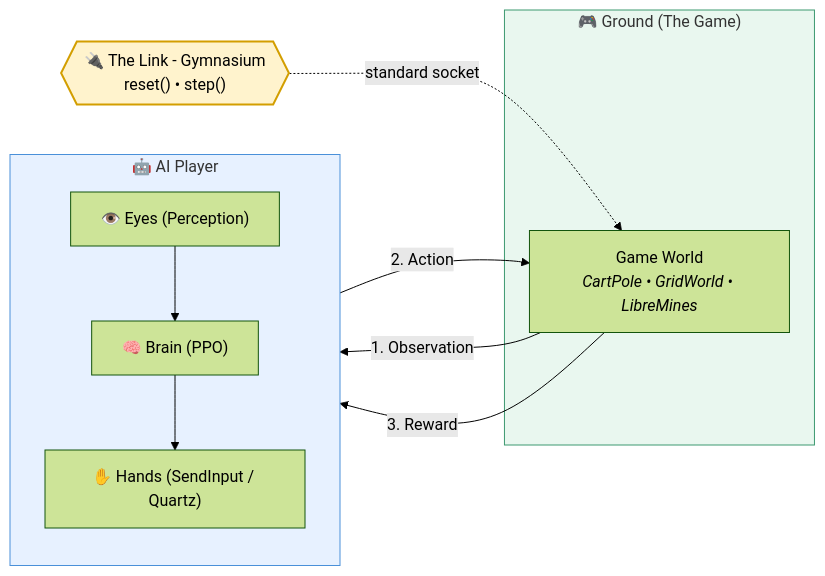
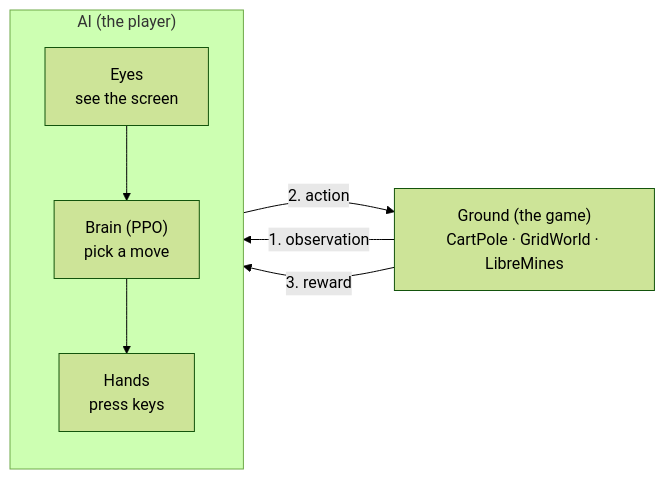
Before and after one commit to Showerss/GameTrainer: the diagram in README.md, drawn with Mermaid (forest theme). The commit also changed other lines of this file and 36 other files, not shown here.

First line of the commit message:
R1 docs rewrite, UML truth pass, MIT license

````diff
--- a/README.md
+++ b/README.md
@@ -19,25 +12,11 @@
 ```mermaid
 flowchart LR
-    subgraph AI["🤖 AI Player"]
+    subgraph AI["AI (the player)"]
         direction TB
-        EYES["👁️ Eyes (Perception)"]
-        BRAIN["🧠 Brain (PPO)"]
-        HANDS["✋ Hands (SendInput / Quartz)"]
-        EYES --> BRAIN --> HANDS
+        EYES["Eyes<br/>see the screen"] --> BRAIN["Brain (PPO)<br/>pick a move"] --> HANDS["Hands<br/>press keys"]
     end
-
-    subgraph GROUND["🎮 Ground (The Game)"]
-        GAME["Game World<br/><i>CartPole • GridWorld • LibreMines</i>"]
-    end
-
-    GAME -- "1. Observation" --> EYES
-    HANDS -- "2. Action" --> GAME
-    GAME -- "3. Reward" --> BRAIN
-
-    LINK{{"🔌 The Link - Gymnasium<br/>reset() • step()"}}
-    LINK -.->|"standard socket"| GAME
-
-    style LINK fill:#fff3cd,stroke:#d39e00,stroke-width:2px
-    style AI fill:#e7f1ff,stroke:#4a90d9
-    style GROUND fill:#e9f7ef,stroke:#3d9970
+    GAME["Ground (the game)<br/>CartPole · GridWorld · LibreMines"]
+    GAME -- "1. observation" --> EYES
+    HANDS -- "2. action" --> GAME
+    GAME -- "3. reward" --> BRAIN
 ```
````
